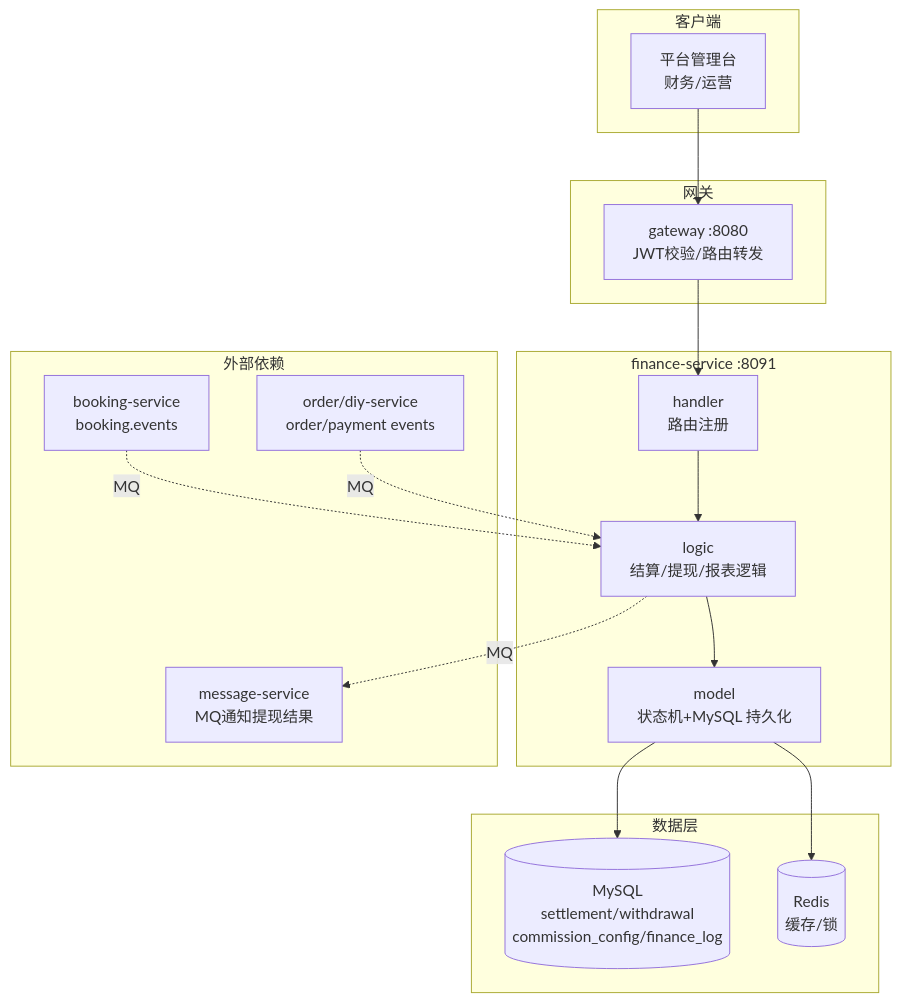
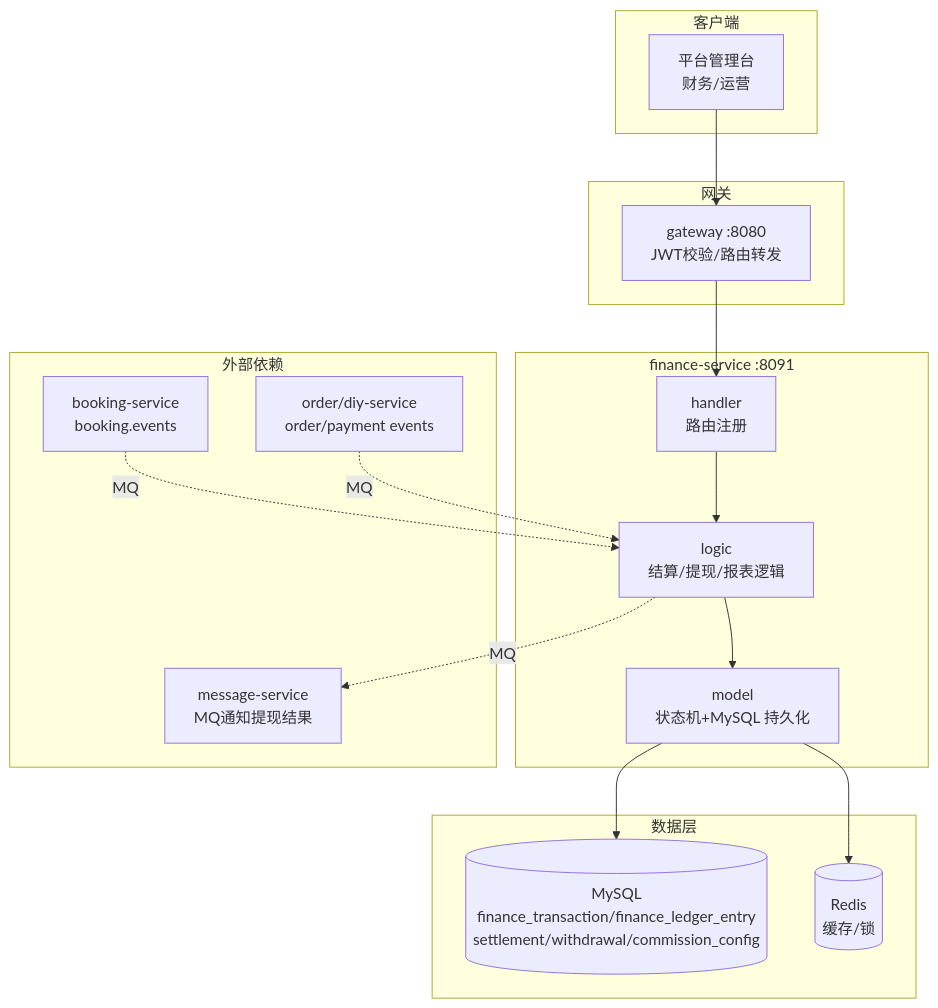
The diagram in docs/architecture/services/财务服务.md (askxuan-dongfang/askxuan-docs), drawn with Mermaid before and after one commit. The commit also changed other lines of this file and 10 other files, not shown here.

````diff
--- a/docs/architecture/services/财务服务.md
+++ b/docs/architecture/services/财务服务.md
@@ -28,37 +28,37 @@
 ```mermaid
 graph TB
     subgraph 客户端
         ADMIN["平台管理台<br/>财务/运营"]
     end
 
     subgraph 网关
         GW["gateway :8080<br/>JWT校验/路由转发"]
     end
 
     subgraph finance-service["finance-service :8091"]
         HANDLER["handler<br/>路由注册"]
         LOGIC["logic<br/>结算/提现/报表逻辑"]
         MODEL["model<br/>状态机+MySQL 持久化"]
     end
 
     subgraph 数据层
-        MYSQL[("MySQL<br/>settlement/withdrawal<br/>commission_config/finance_log")]
+        MYSQL[("MySQL<br/>finance_transaction/finance_ledger_entry<br/>settlement/withdrawal/commission_config")]
         REDIS[("Redis<br/>缓存/锁")]
     end
 
     subgraph 外部依赖
         BOOKING["booking-service<br/>booking.events"]
         ORDER["order/diy-service<br/>order/payment events"]
         MSG["message-service<br/>MQ通知提现结果"]
     end
 
     ADMIN --> GW
     GW --> HANDLER
     HANDLER --> LOGIC
     LOGIC --> MODEL
     MODEL --> MYSQL
     MODEL --> REDIS
     BOOKING -.MQ.-> LOGIC
     ORDER -.MQ.-> LOGIC
     LOGIC -.MQ.-> MSG
 ```
````
